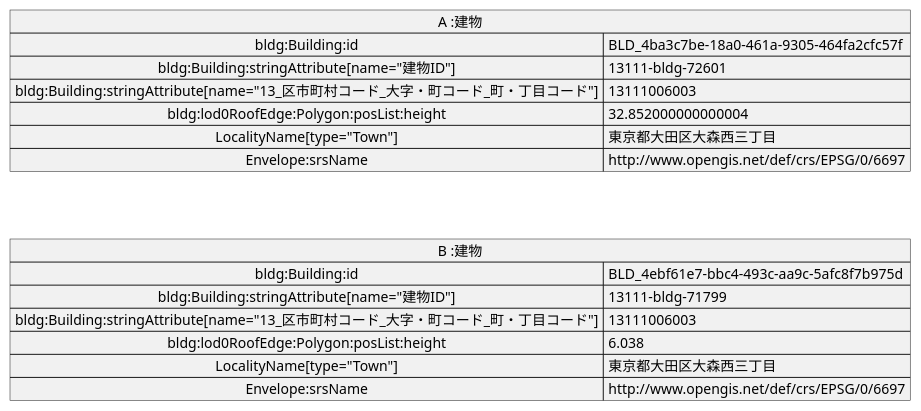
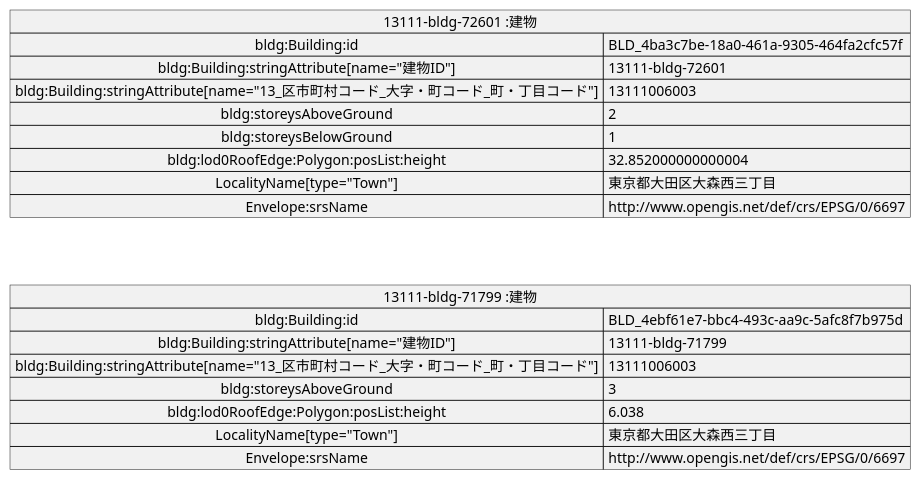
Before and after one commit to yuuhayashi/citygml-osm: the diagram in doc/building/sample-d/sample-d-gml.pu, drawn with PlantUML. The commit also changed 11 other files, not shown here.

```diff
--- a/doc/building/sample-d/sample-d-gml.pu
+++ b/doc/building/sample-d/sample-d-gml.pu
@@ -1,19 +1,22 @@
 @startuml
-map "A :建物" as A {
+map "13111-bldg-72601 :建物" as A {
  bldg:Building:id => BLD_4ba3c7be-18a0-461a-9305-464fa2cfc57f
  bldg:Building:stringAttribute[name="建物ID"] => 13111-bldg-72601
  bldg:Building:stringAttribute[name="13_区市町村コード_大字・町コード_町・丁目コード"] => 13111006003
+ bldg:storeysAboveGround => 2
+ bldg:storeysBelowGround => 1
  bldg:lod0RoofEdge:Polygon:posList:height => 32.852000000000004
  LocalityName[type="Town"] => 東京都大田区大森西三丁目
  Envelope:srsName => http://www.opengis.net/def/crs/EPSG/0/6697
 }
-map "B :建物" as B {
+map "13111-bldg-71799 :建物" as B {
  bldg:Building:id => BLD_4ebf61e7-bbc4-493c-aa9c-5afc8f7b975d
  bldg:Building:stringAttribute[name="建物ID"] => 13111-bldg-71799
  bldg:Building:stringAttribute[name="13_区市町村コード_大字・町コード_町・丁目コード"] => 13111006003
+ bldg:storeysAboveGround => 3
  bldg:lod0RoofEdge:Polygon:posList:height => 6.038
  LocalityName[type="Town"] => 東京都大田区大森西三丁目
  Envelope:srsName => http://www.opengis.net/def/crs/EPSG/0/6697
 }
 A -[hidden]- B
 @enduml
```
